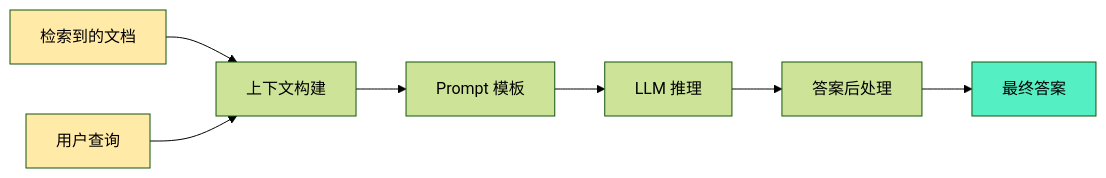
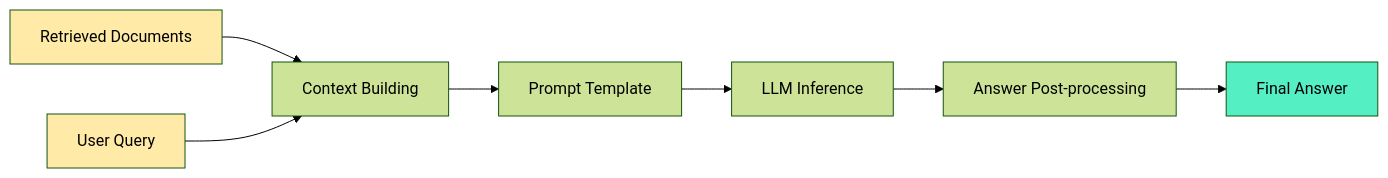
One commit to YiWang24/AiDIY changed diagram 11 of 15 in docs/ai/rag/01-introduction.mdx. Above: the diagram before and after it, drawn with Mermaid (forest theme). The commit also changed other lines of this file and 10 other files, not shown here.

First line of the commit message:
docs: enhance RAG documentation and fix Mermaid diagrams

````diff
--- a/docs/ai/rag/01-introduction.mdx
+++ b/docs/ai/rag/01-introduction.mdx
@@ -1047,13 +1047,13 @@
 ```mermaid
 flowchart LR
-    A["检索到的文档"] --> B["上下文构建"]
-    C["用户查询"] --> B
-    B --> D["Prompt 模板"]
-    D --> E["LLM 推理"]
-    E --> F["答案后处理"]
-    F --> G["最终答案"]
+    A["Retrieved Documents"] --> B["Context Building"]
+    C["User Query"] --> B
+    B --> D["Prompt Template"]
+    D --> E["LLM Inference"]
+    E --> F["Answer Post-processing"]
+    F --> G["Final Answer"]
 
     style A fill:#ffeaa7
     style C fill:#ffeaa7
     style G fill:#55efc4
 ```
````
